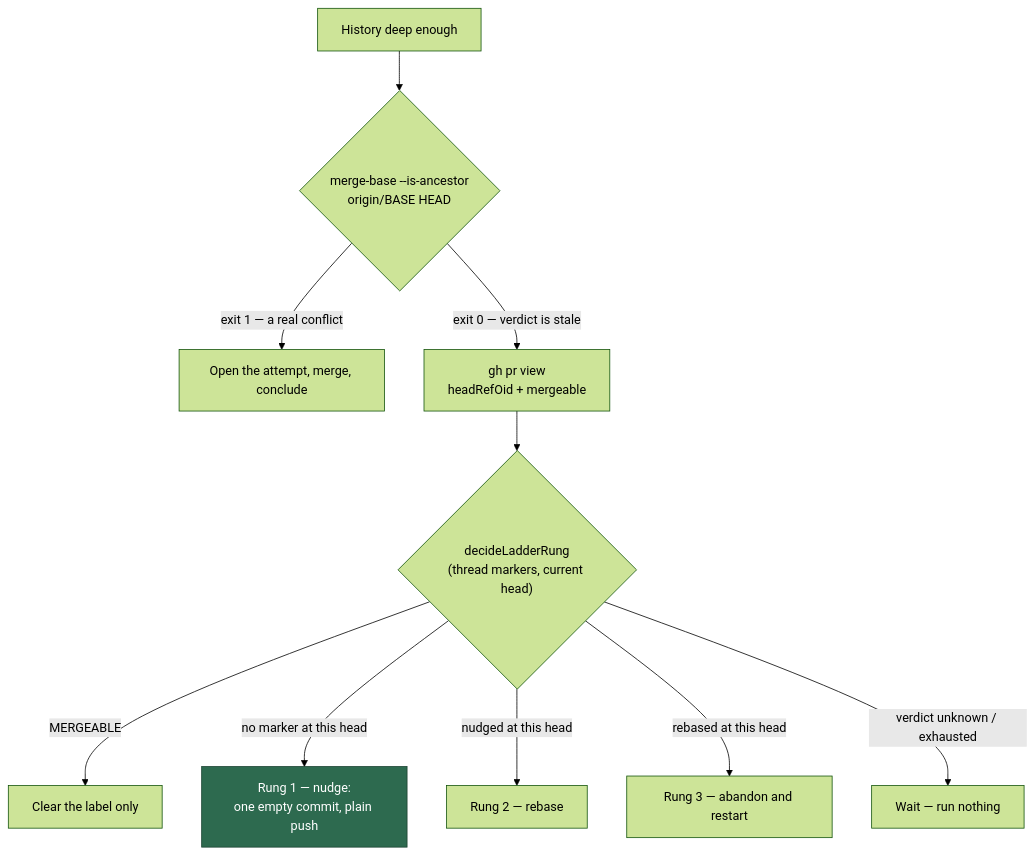
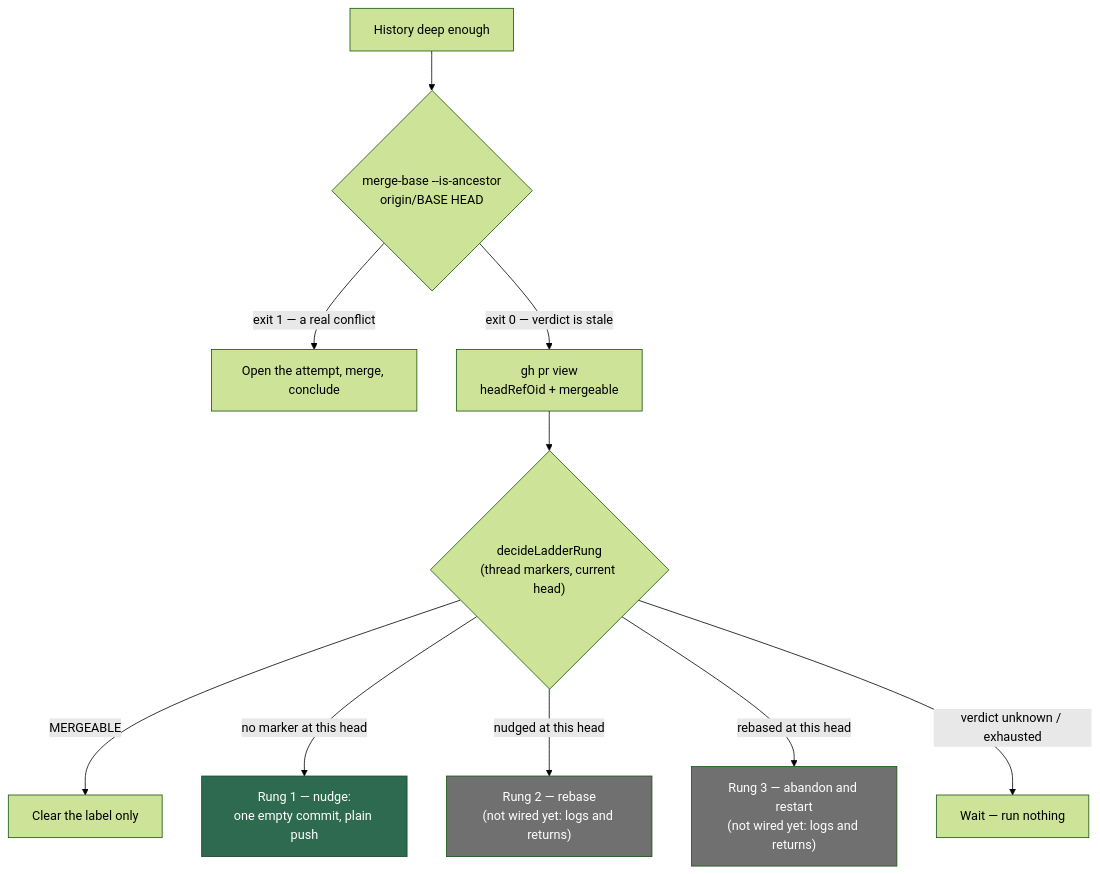
The third of 6 diagrams in docs/workflows/merge-conflicts.md (stSoftwareAU/VibeCoder), drawn with Mermaid (forest theme) before and after one commit. The commit also changed other lines of this file and 2 other files, not shown here.

````diff
--- a/docs/workflows/merge-conflicts.md
+++ b/docs/workflows/merge-conflicts.md
@@ -357,13 +357,15 @@
 ```mermaid
 flowchart TD
     D[History deep enough] --> A{"merge-base --is-ancestor<br/>origin/BASE HEAD"}
     A -- "exit 1 — a real conflict" --> M[Open the attempt, merge, conclude]
     A -- "exit 0 — verdict is stale" --> V["gh pr view<br/>headRefOid + mergeable"]
     V --> L{"decideLadderRung<br/>(thread markers, current head)"}
     L -- MERGEABLE --> C[Clear the label only]
     L -- "no marker at this head" --> N["Rung 1 — nudge:<br/>one empty commit, plain push"]
-    L -- "nudged at this head" --> R[Rung 2 — rebase]
-    L -- "rebased at this head" --> B[Rung 3 — abandon and restart]
+    L -- "nudged at this head" --> R["Rung 2 — rebase<br/>(not wired yet: logs and returns)"]
+    L -- "rebased at this head" --> B["Rung 3 — abandon and restart<br/>(not wired yet: logs and returns)"]
     L -- "verdict unknown / exhausted" --> W[Wait — run nothing]
     style N fill:#2d6a4f,stroke:#1b4332,color:#fff
+    style R fill:#707070,stroke:,color:#fff
+    style B fill:#707070,stroke:,color:#fff
 ```
````
